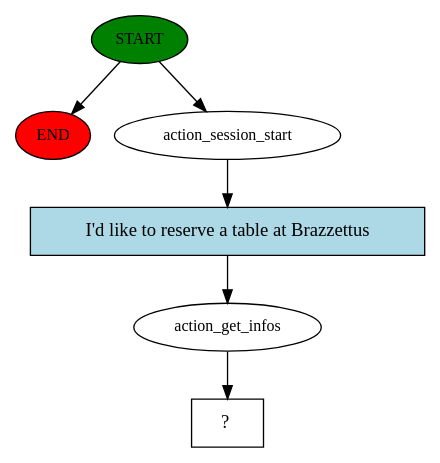
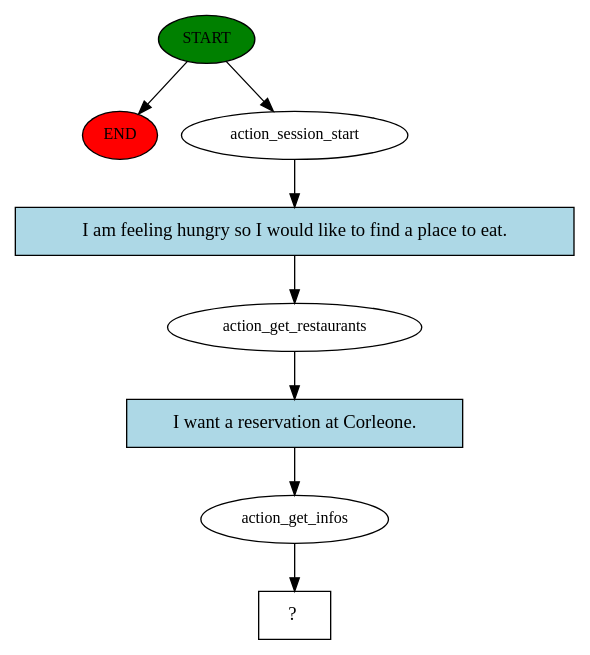
One commit to augustoolucas/NLP_2020-2 changed the diagram in story_graph.dot. Above: the diagram before and after it, drawn with Graphviz. The commit also changed 2 other files, not shown here.

```diff
--- a/story_graph.dot
+++ b/story_graph.dot
@@ -1,13 +1,17 @@
 digraph  {
 0 [class="start active", fillcolor=green, fontsize=12, label=START, style=filled];
 "-1" [class=end, fillcolor=red, fontsize=12, label=END, style=filled];
 1 [class=active, fontsize=12, label=action_session_start];
-2 [class=active, fontsize=12, label=action_get_infos];
-3 [class="intent dashed active", label="  ?  ", shape=rect];
-4 [class="intent active", fillcolor=lightblue, label="I'd like to reserve a table at Brazzettus", shape=rect, style=filled];
+2 [class=active, fontsize=12, label=action_get_restaurants];
+3 [class=active, fontsize=12, label=action_get_infos];
+4 [class="intent dashed active", label="  ?  ", shape=rect];
+5 [class="intent active", fillcolor=lightblue, label="I am feeling hungry so I would like to find a place to eat.", shape=rect, style=filled];
+6 [class="intent active", fillcolor=lightblue, label="I want a reservation at Corleone.", shape=rect, style=filled];
 0 -> "-1"  [class="", key=NONE, label=""];
 0 -> 1  [class=active, key=NONE, label=""];
-1 -> 4  [class=active, key=0];
-2 -> 3  [class=active, key=NONE, label=""];
-4 -> 2  [class=active, key=0];
+1 -> 5  [class=active, key=0];
+2 -> 6  [class=active, key=0];
+3 -> 4  [class=active, key=NONE, label=""];
+5 -> 2  [class=active, key=0];
+6 -> 3  [class=active, key=0];
 }
```
